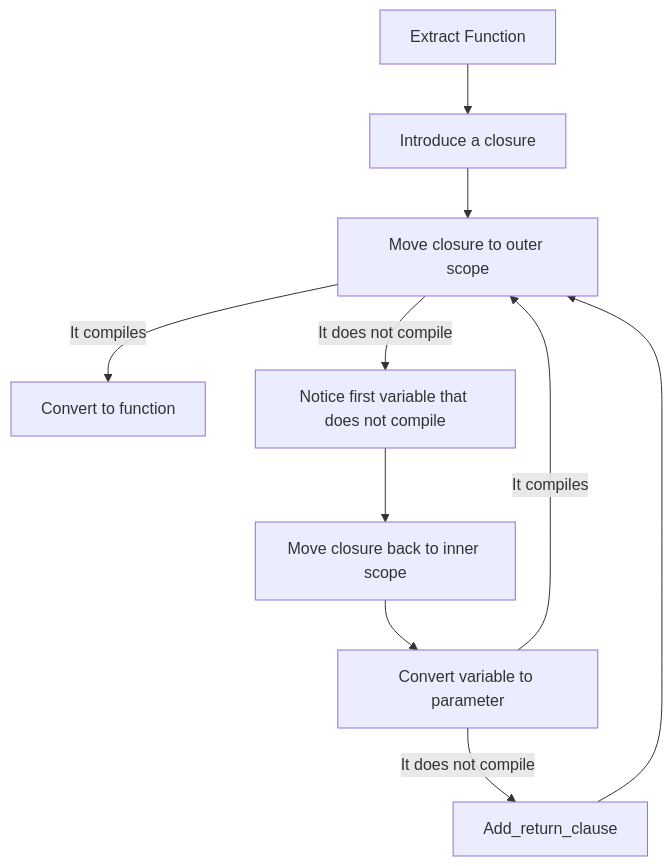
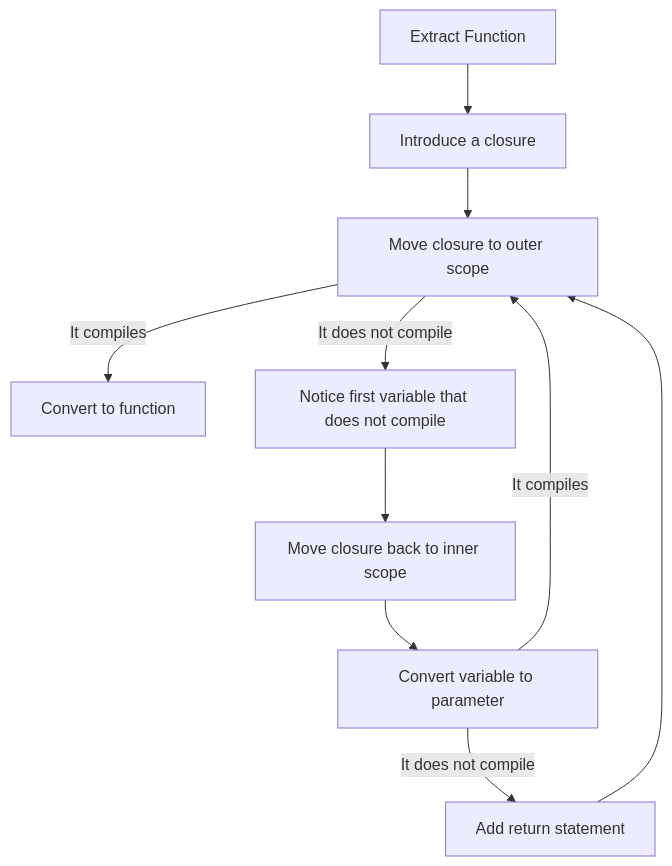
One commit to jonreid/provable-refactorings changed the diagram in recipes/core-6/extract-function/swift.md. Above: the diagram before and after it, drawn with Mermaid.

Commit message:
improve mermaid

````diff
--- a/recipes/core-6/extract-function/swift.md
+++ b/recipes/core-6/extract-function/swift.md
@@ -5,12 +5,12 @@
 ```mermaid
 graph TD;
     Extract_Function["Extract Function"] --> Introduce_closure["Introduce a closure"];
-    Introduce_closure --> Move_closure_to_outer_scope["Move closure to outer scope"];
-    Move_closure_to_outer_scope --> |It compiles| Convert_to_function["Convert to function"];
-    Move_closure_to_outer_scope --> |It does not compile| Notice_first_variable_that_doesnot_compile["Notice first variable that does not compile"];
-    Notice_first_variable_that_doesnot_compile --> Move_closure_back_to_inner_scope["Move closure back to inner scope"];
-    Move_closure_back_to_inner_scope --> Convert_variable_to_parameter["Convert variable to parameter"];
-    Convert_variable_to_parameter --> |It compiles| Move_closure_to_outer_scope;
-    Convert_variable_to_parameter --> |It does not compile| Add_return_clause;
-    Add_return_clause --> Move_closure_to_outer_scope;
+    Introduce_closure --> Move_closure_out["Move closure to outer scope"];
+    Move_closure_out --> |It compiles| Convert_to_function["Convert to function"];
+    Move_closure_out --> |It does not compile| Notice_first_variable_error["Notice first variable that does not compile"];
+    Notice_first_variable_error --> Move_closure_in["Move closure back to inner scope"];
+    Move_closure_in --> Convert_variable_to_parameter["Convert variable to parameter"];
+    Convert_variable_to_parameter --> |It compiles| Move_closure_out;
+    Convert_variable_to_parameter --> |It does not compile| Add_return_clause["Add return statement"];
+    Add_return_clause --> Move_closure_out;
 ```
````
